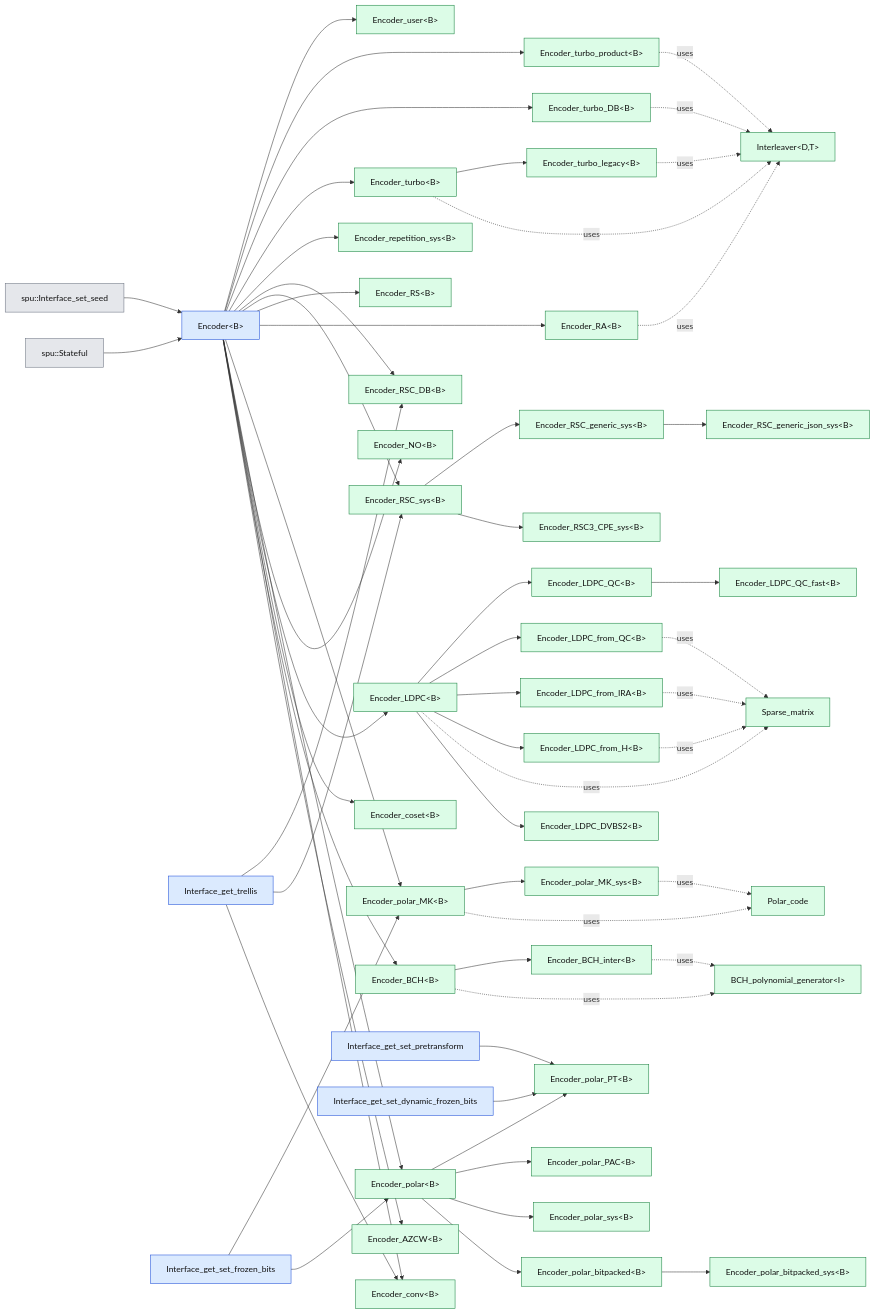
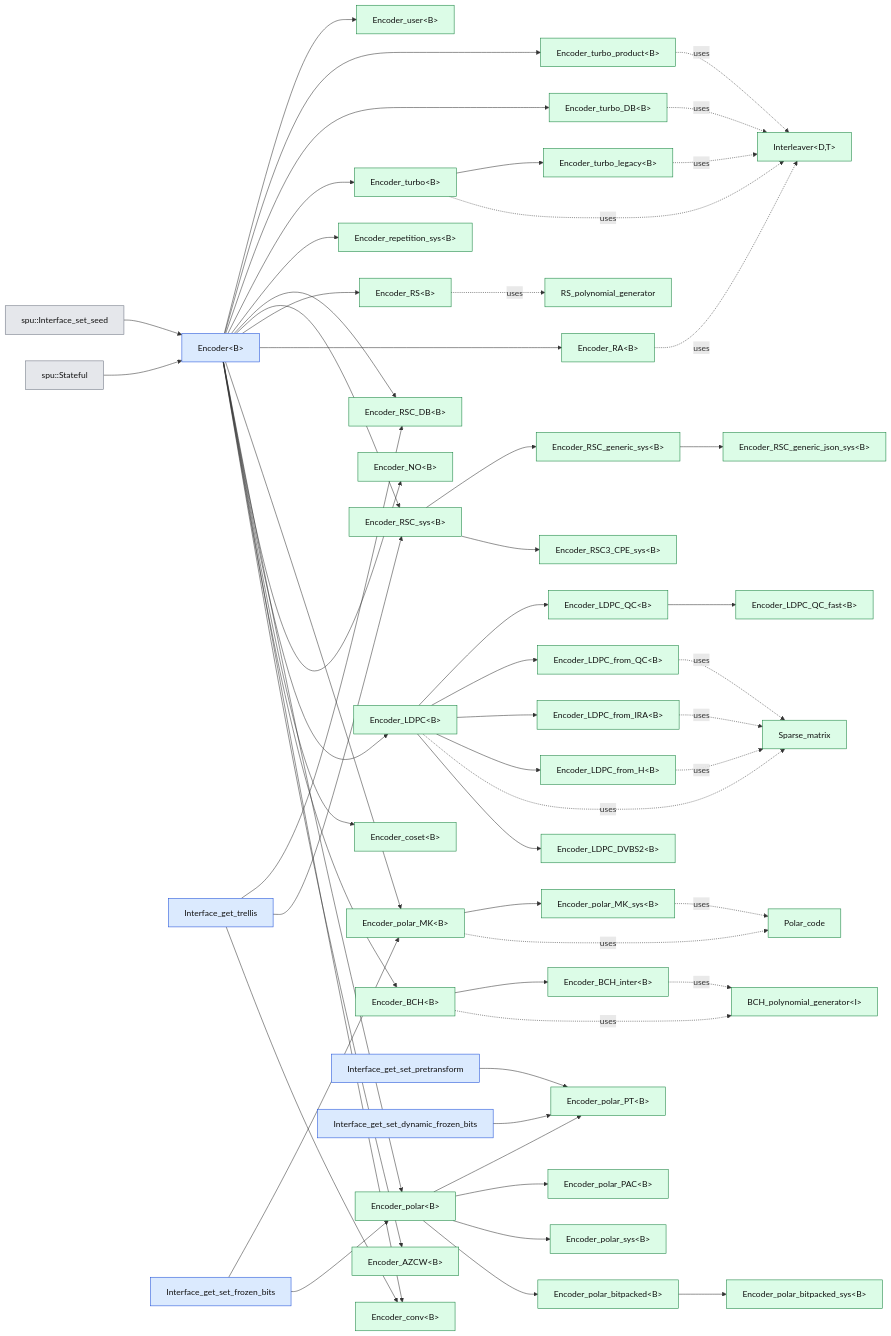
One commit to rtajan/pyaff3ct changed diagram 23 of 56 in docs/design/class_graph.md. Above: the diagram before and after it, drawn with Mermaid. The commit also changed other lines of this file and 47 other files, not shown here.

````diff
--- a/docs/design/class_graph.md
+++ b/docs/design/class_graph.md
@@ -771,6 +777,7 @@
     M_Encoder --> M_Encoder_RA
     M_Encoder_RA -.uses.-> M_Interleaver
     M_Encoder --> M_Encoder_RS
+    M_Encoder_RS -.uses.-> T_RS_polynomial_generator
     M_Encoder_RSC_sys --> M_Encoder_RSC3_CPE_sys
     M_Encoder_RSC_generic_sys --> M_Encoder_RSC_generic_json_sys
     M_Encoder_RSC_sys --> M_Encoder_RSC_generic_sys
@@ -797,5 +804,6 @@
     T_Interface_get_set_pretransform["Interface_get_set_pretransform"]:::abstract
     T_Interface_get_trellis["Interface_get_trellis"]:::abstract
     T_Polar_code["Polar_code"]:::wrap
+    T_RS_polynomial_generator["RS_polynomial_generator"]:::wrap
     T_Sparse_matrix["Sparse_matrix"]:::wrap
 ```
````
